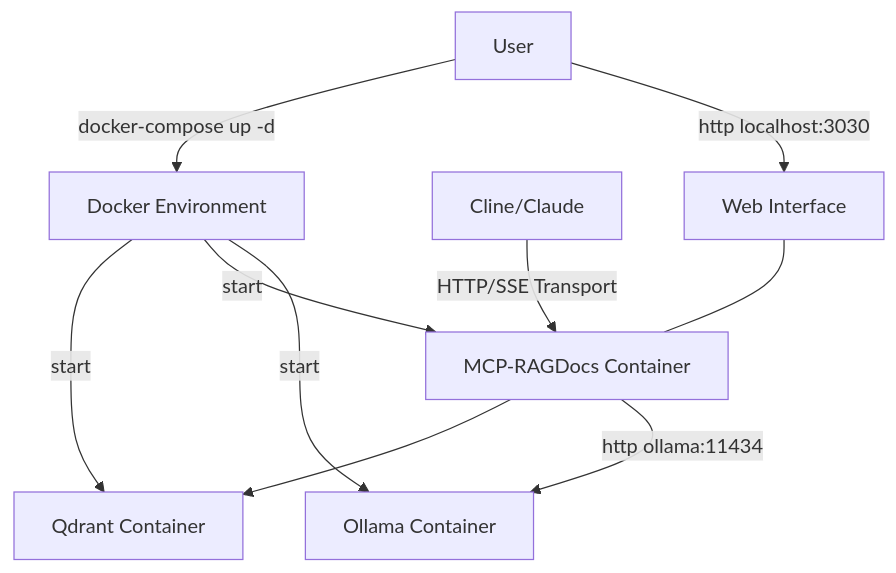
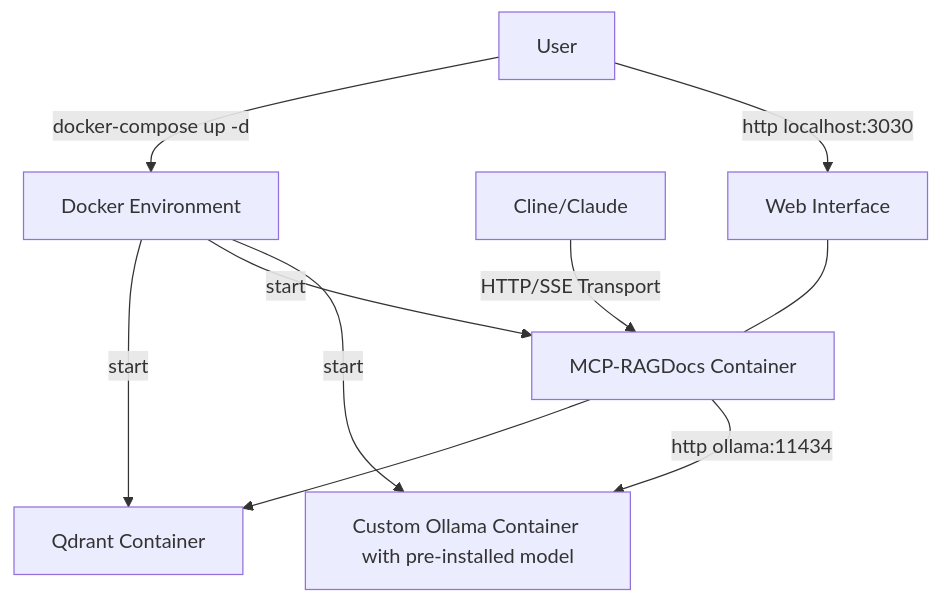
Before and after one commit to amir-arad/mcp-ragdocs: the second of 2 diagrams in README.md, drawn with Mermaid. The commit also changed other lines of this file and 5 other files, not shown here.

````diff
--- a/README.md
+++ b/README.md
@@ -113,12 +118,12 @@
 ```mermaid
 graph TD
     A[User] -->|docker-compose up -d| B[Docker Environment]
     B --> |start|C[Qdrant Container]
     B --> |start|D[MCP-RAGDocs Container]
-    B --> |start|E[Ollama Container]
+    B --> |start|E[Custom Ollama Container with pre-installed model]
     D --> C[Qdrant Container]
     D -->|http ollama:11434| E
     F[Cline/Claude] -->|HTTP/SSE Transport| D
     A -->|http localhost:3030| G[Web Interface]
     G --- D
 ```
````
